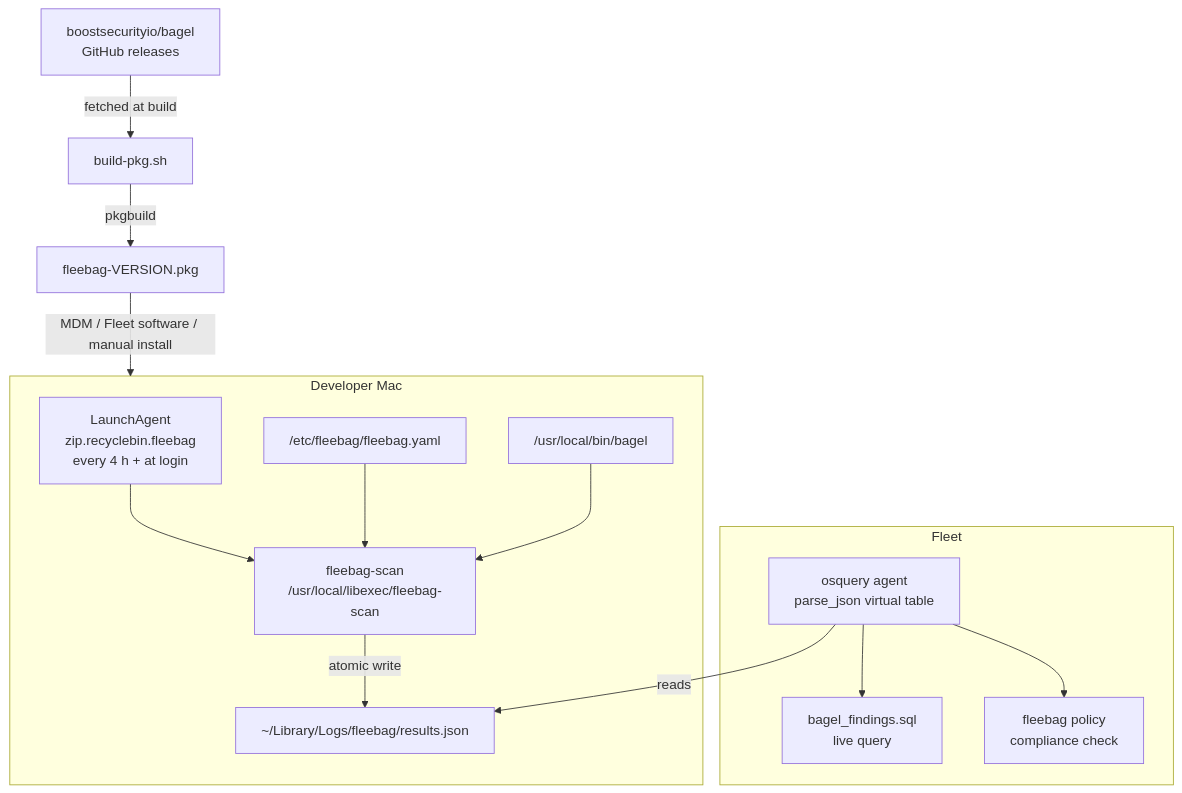
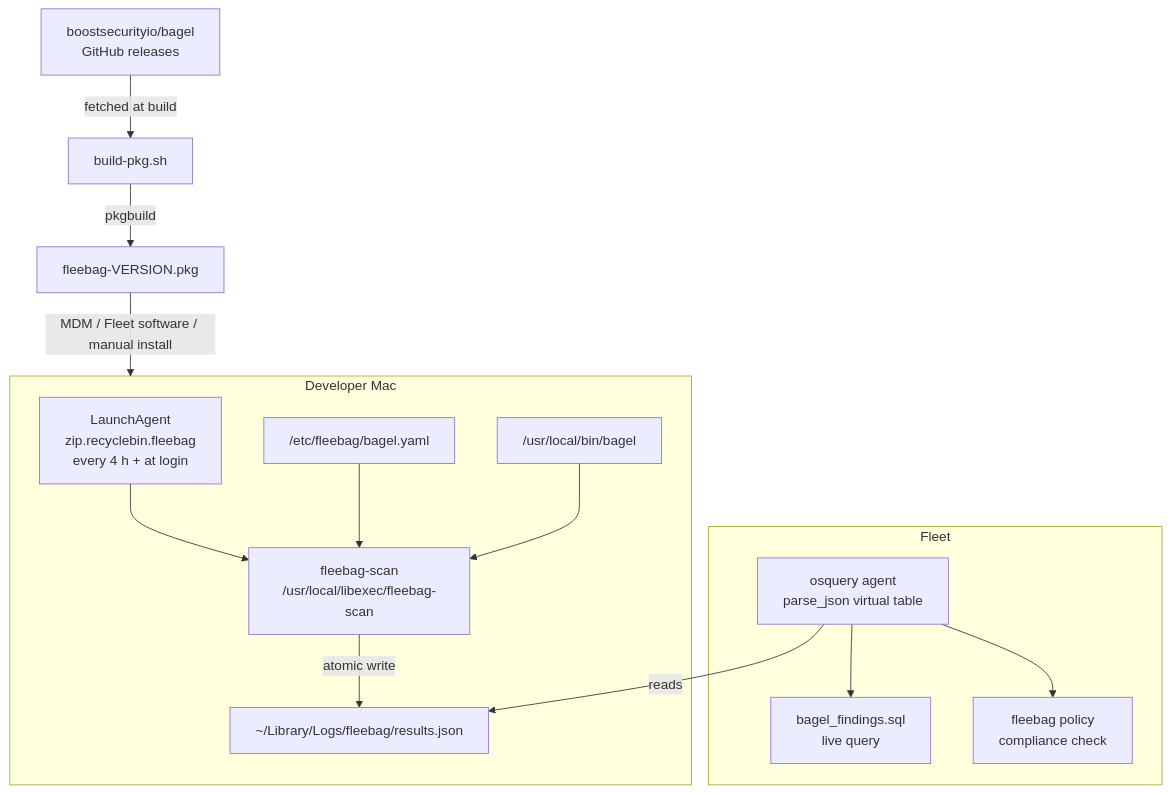
The diagram in README.md (GuillaumeRoss/fleebag), drawn with Mermaid before and after one commit. The commit also changed other lines of this file and 4 other files, not shown here.

First line of the commit message:
Rename fleebag.yaml to bagel.yaml — it is bagel's config, not fleebag's

````diff
--- a/README.md
+++ b/README.md
@@ -13,19 +13,19 @@
 ```mermaid
 flowchart TD
     GH["boostsecurityio/bagel\nGitHub releases"] -->|fetched at build| BUILD["build-pkg.sh"]
     BUILD -->|pkgbuild| PKG["fleebag-VERSION.pkg"]
     PKG -->|MDM / Fleet software / manual install| MAC
 
     subgraph MAC["Developer Mac"]
         LA["LaunchAgent\nzip.recyclebin.fleebag\nevery 4 h + at login"] --> SCAN["fleebag-scan\n/usr/local/libexec/fleebag-scan"]
-        CFG["/etc/fleebag/fleebag.yaml"] --> SCAN
+        CFG["/etc/fleebag/bagel.yaml"] --> SCAN
         BAGEL["/usr/local/bin/bagel"] --> SCAN
         SCAN -->|atomic write| RESULTS["~/Library/Logs/fleebag/results.json"]
     end
 
     subgraph FLEET["Fleet"]
         OQ["osquery agent\nparse_json virtual table"] -->|reads| RESULTS
         OQ --> FINDINGS["bagel_findings.sql\nlive query"]
         OQ --> POLICY["fleebag policy\ncompliance check"]
     end
 ```
````
